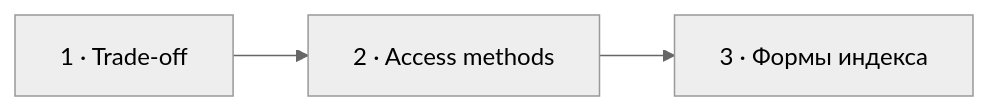
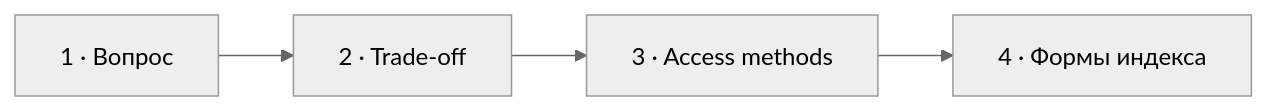
Before and after one commit to savinmikhail/php-backend-interview-video: the diagram in episodes/841862-1payment/visual-plans/18-postgresql-indexes.md, drawn with Mermaid (neutral theme). The commit also changed other lines of this file and 18 other files, not shown here.

````diff
--- a/episodes/841862-1payment/visual-plans/18-postgresql-indexes.md
+++ b/episodes/841862-1payment/visual-plans/18-postgresql-indexes.md
@@ -42,4 +44,4 @@
 ```mermaid
 flowchart LR
-  T["1 · Trade-off"] --> M["2 · Access methods"] --> F["3 · Формы индекса"]
+  Q["1 · Вопрос"] --> T["2 · Trade-off"] --> M["3 · Access methods"] --> F["4 · Формы индекса"]
 ```
````
